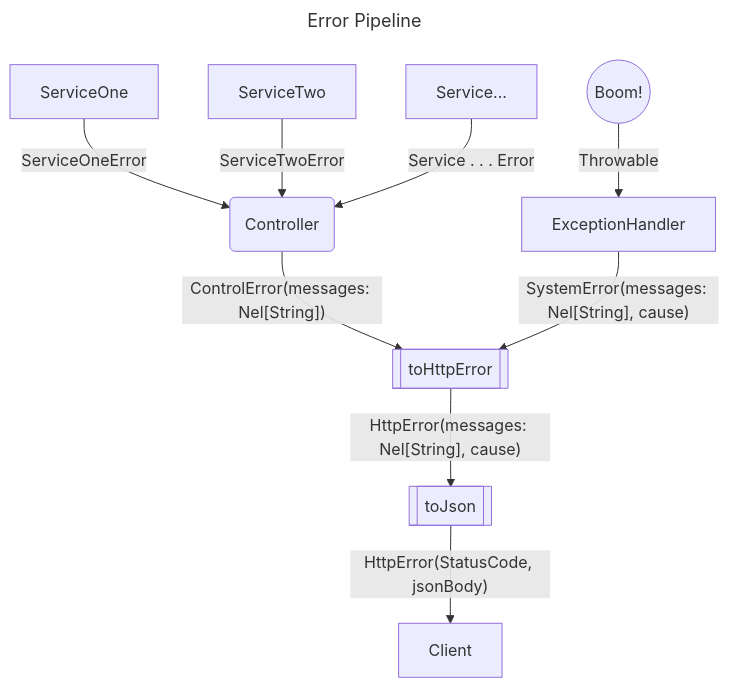
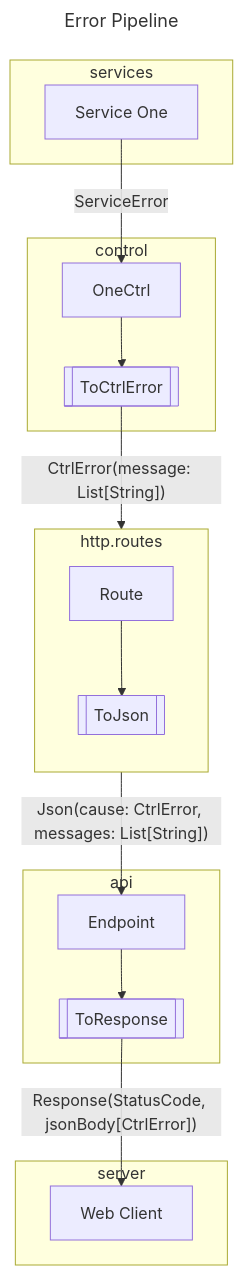
One commit to mtavkhelidze/BookCatZioServer changed the diagram in docs/main/error_handling.md. Above: the diagram before and after it, drawn with Mermaid. The commit also changed 11 other files, not shown here.

````diff
--- a/docs/main/error_handling.md
+++ b/docs/main/error_handling.md
@@ -10,16 +10,25 @@
 ```mermaid
 ---
 title: "Error Pipeline"
 config:
     fontSize: 20
 ---
 flowchart
-    ServiceOne -- ServiceOneError --> ctrl
-    ServiceTwo -- ServiceTwoError --> ctrl
-    Service... -- Service . . . Error --> ctrl
-    ctrl(Controller) -- " ControlError(messages: Nel[String]) " --> toHttpError[[toHttpError]]
-    toHttpError -- " HttpError(messages: Nel[String], cause) " --> json[[toJson]]
-    json -- " HttpError(StatusCode, jsonBody) " --> Client
-    UnexpectedFailure((Boom!)) -- Throwable --> ExceptionHandler
-    ExceptionHandler -- " SystemError(messages: Nel[String], cause) " --> toHttpError
+    subgraph server
+        WebClient[Web Client]
+    end
+    subgraph api
+        Endpoint --> toResponse[[ToResponse]] -- " Response(StatusCode, jsonBody[CtrlError]) " --> WebClient
+    end
+    subgraph http.routes
+        direction TB
+        Route --> encodeJson[[ToJson]] -- " Json(cause: CtrlError, messages: List[String]) " --> Endpoint
+    end
+    subgraph control
+        ctrl[OneCtrl] --> toCtrlError[[ToCtrlError]] -- " CtrlError(message: List[String]) " --> Route
+
+    end
+    subgraph services
+        service[Service One] -- ServiceError --> ctrl[OneCtrl]
+    end
 ```
````
